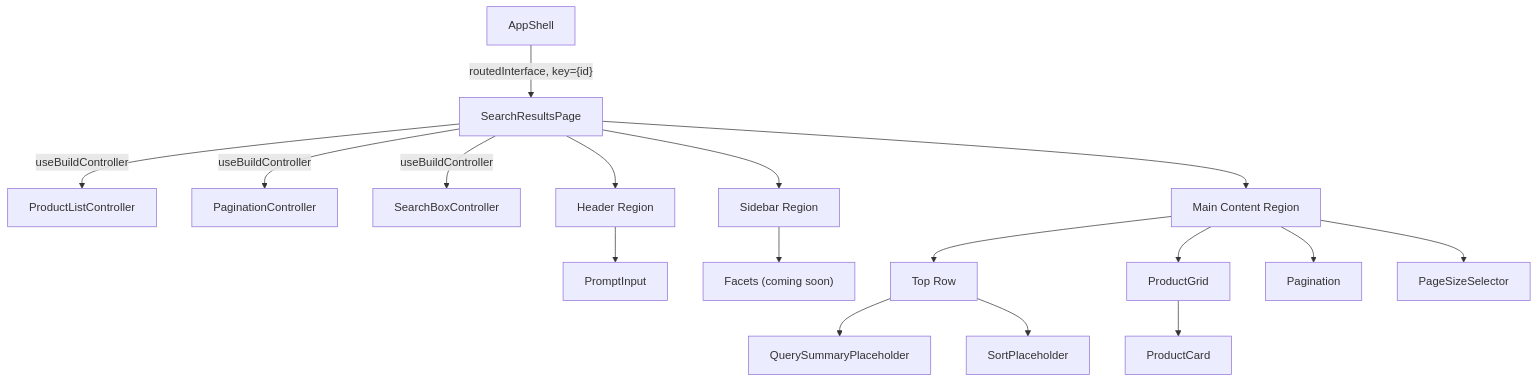
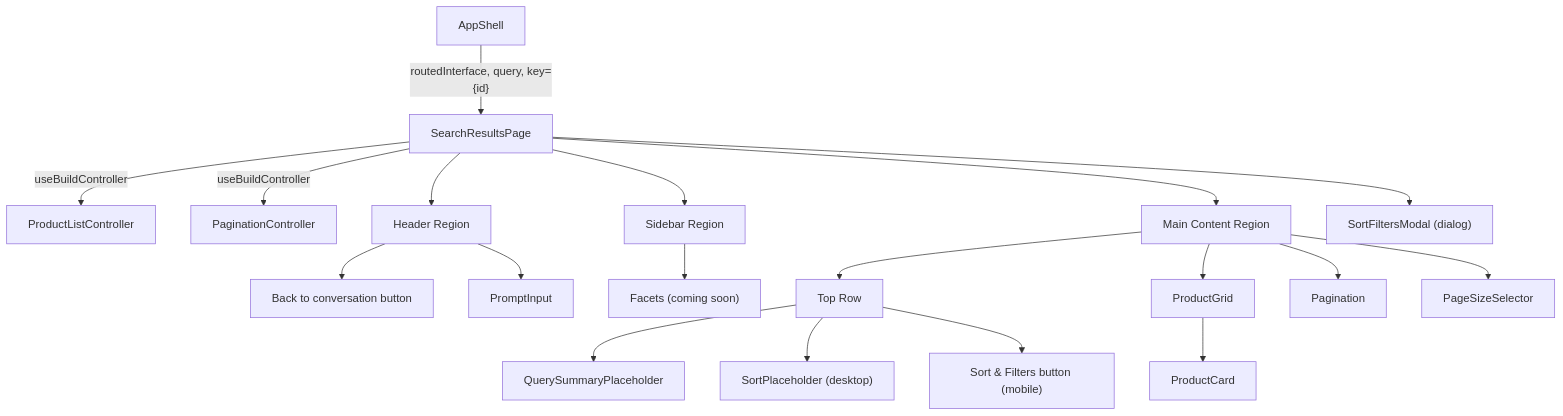
The diagram in samples/thermidor/demo-react/.kiro/specs/search-results-page/design.md (coveo/ui-kit), drawn with Mermaid before and after one commit. The commit also changed other lines of this file and 2 other files, not shown here.

````diff
--- a/samples/thermidor/demo-react/.kiro/specs/search-results-page/design.md
+++ b/samples/thermidor/demo-react/.kiro/specs/search-results-page/design.md
@@ -15,19 +16,21 @@
 ```mermaid
 graph TD
-    AppShell -->|"routedInterface, key={id}"| SearchResultsPage
+    AppShell -->|"routedInterface, query, key={id}"| SearchResultsPage
     SearchResultsPage -->|useBuildController| ProductListController
     SearchResultsPage -->|useBuildController| PaginationController
-    SearchResultsPage -->|useBuildController| SearchBoxController
     SearchResultsPage --> Header[Header Region]
     SearchResultsPage --> Sidebar[Sidebar Region]
     SearchResultsPage --> MainContent[Main Content Region]
+    Header --> BackToConversation[Back to conversation button]
     Header --> PromptInput
     Sidebar --> FacetPlaceholder["Facets (coming soon)"]
     MainContent --> TopRow[Top Row]
     MainContent --> ProductGrid
     MainContent --> Pagination
     MainContent --> PageSizeSelector
     TopRow --> QuerySummaryPlaceholder
-    TopRow --> SortPlaceholder
+    TopRow --> SortPlaceholder["SortPlaceholder (desktop)"]
+    TopRow --> SortFiltersButton["Sort & Filters button (mobile)"]
+    SearchResultsPage --> SortFiltersModal["SortFiltersModal (dialog)"]
     ProductGrid --> ProductCard
 ```
````
